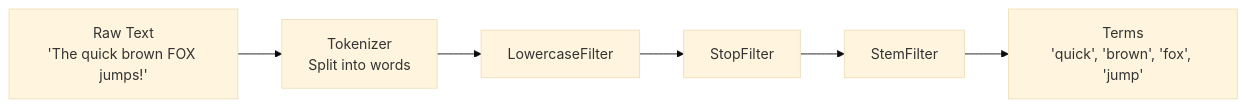
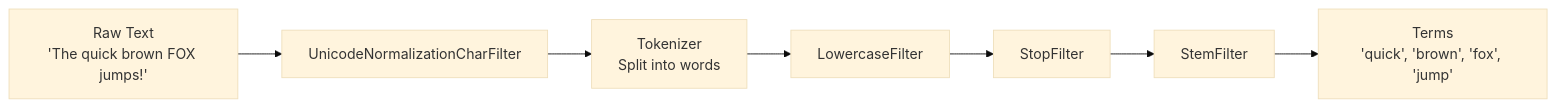
The first of 2 diagrams in docs/src/concepts/analysis.md (mosuka/iris), drawn with Mermaid (base theme) before and after one commit. The commit also changed other lines of this file and 15 other files, not shown here.

````diff
--- a/docs/src/concepts/analysis.md
+++ b/docs/src/concepts/analysis.md
@@ -7,11 +7,12 @@
 ```mermaid
 graph LR
     Input["Raw Text\n'The quick brown FOX jumps!'"]
+    CF["UnicodeNormalizationCharFilter"]
     T["Tokenizer\nSplit into words"]
     F1["LowercaseFilter"]
     F2["StopFilter"]
     F3["StemFilter"]
     Output["Terms\n'quick', 'brown', 'fox', 'jump'"]
 
-    Input --> T --> F1 --> F2 --> F3 --> Output
+    Input --> CF --> T --> F1 --> F2 --> F3 --> Output
 ```
````
